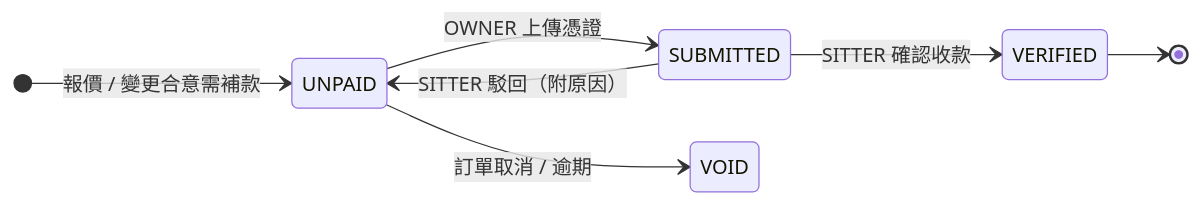
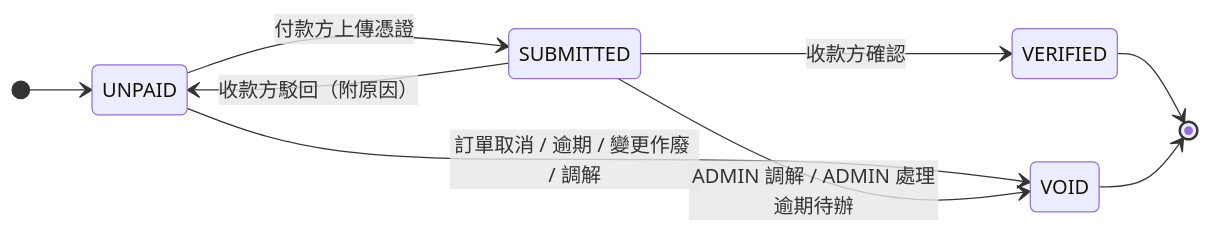
The second of 3 diagrams in docs/sa/00-DOMAIN-BASELINE.md (willchiangch/cat-sitter-project), drawn with Mermaid before and after one commit. The commit also changed other lines of this file and 10 other files, not shown here.

First line of the commit message:
docs: baseline 依 CQ-9~36 決定改寫，同步 SD-PLAN / GLOBAL-SPEC / ERD 與部署流程說明

````diff
--- a/docs/sa/00-DOMAIN-BASELINE.md
+++ b/docs/sa/00-DOMAIN-BASELINE.md
@@ -105,10 +143,12 @@
 ```mermaid
 stateDiagram-v2
     direction LR
-    [*] --> UNPAID: 報價 / 變更合意需補款
-    UNPAID --> SUBMITTED: OWNER 上傳憑證
-    SUBMITTED --> VERIFIED: SITTER 確認收款
-    SUBMITTED --> UNPAID: SITTER 駁回（附原因）
-    UNPAID --> VOID: 訂單取消 / 逾期
+    [*] --> UNPAID
+    UNPAID --> SUBMITTED: 付款方上傳憑證
+    SUBMITTED --> VERIFIED: 收款方確認
+    SUBMITTED --> UNPAID: 收款方駁回（附原因）
+    UNPAID --> VOID: 訂單取消 / 逾期 / 變更作廢 / 調解
+    SUBMITTED --> VOID: ADMIN 調解 / ADMIN 處理逾期待辦
     VERIFIED --> [*]
+    VOID --> [*]
 ```
````
